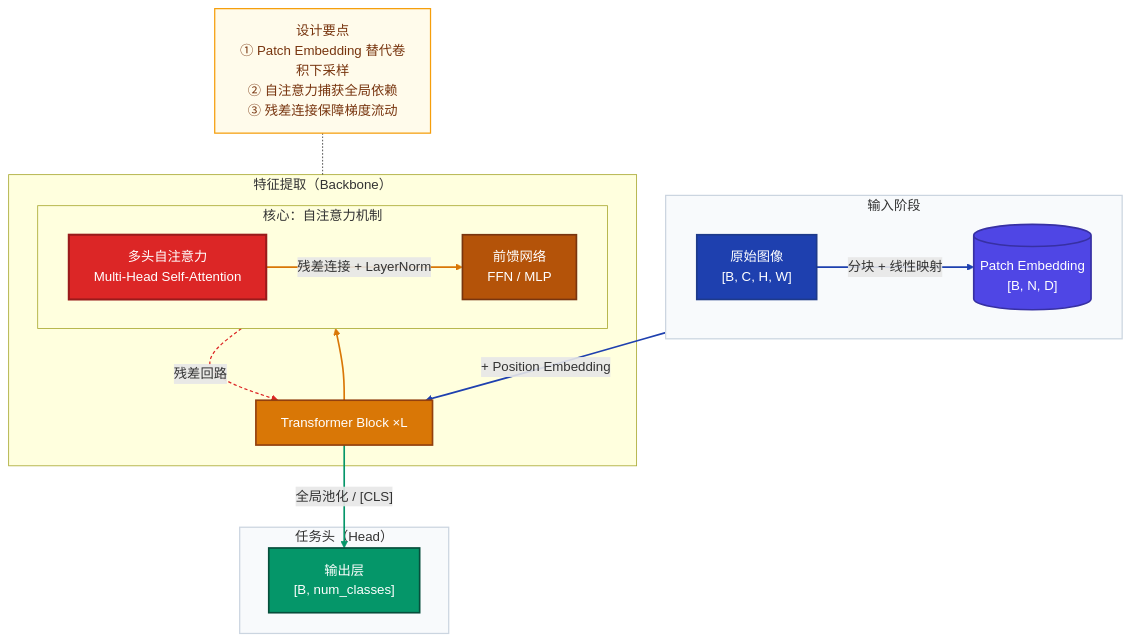
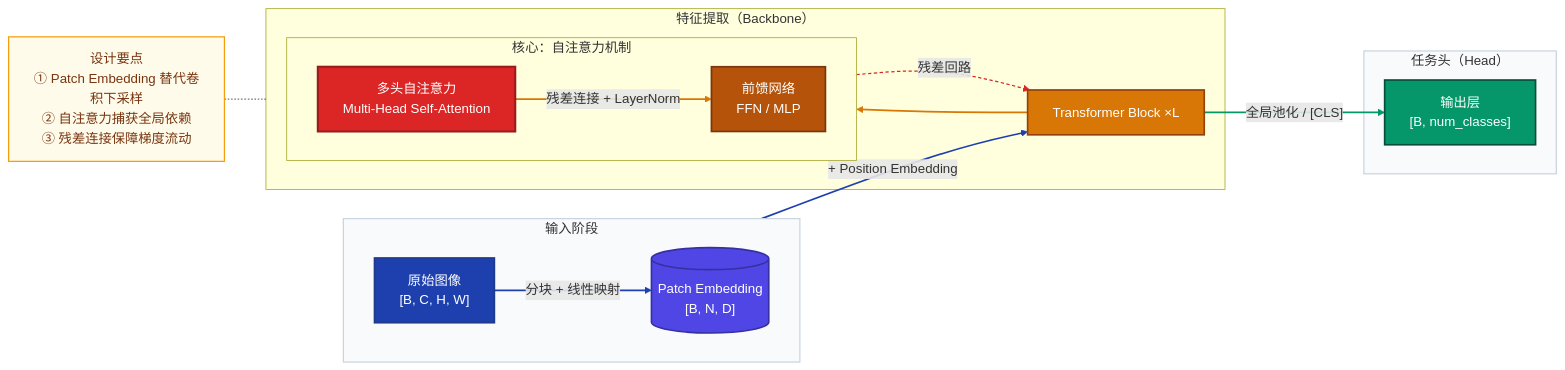
Before and after one commit to amuqiao/FastAPI-MVC: the diagram in 7.模板/mermaid模板/mermaid模型架构图参考模板_v2.md, drawn with Mermaid. The commit also changed other lines of this file and 13 other files, not shown here.

````diff
--- a/7.模板/mermaid模板/mermaid模型架构图参考模板_v2.md
+++ b/7.模板/mermaid模板/mermaid模型架构图参考模板_v2.md
@@ -10,54 +10,54 @@
 ```mermaid
-flowchart TB
+flowchart LR
     %% ── 配色主题：深色系，按模型阶段区分层次 ─────────────────────
     classDef inputStyle    fill:#1e40af,stroke:#1e3a8a,stroke-width:2px,color:#fff
     classDef embedStyle    fill:#4f46e5,stroke:#3730a3,stroke-width:2px,color:#fff
     classDef backboneStyle fill:#d97706,stroke:#92400e,stroke-width:2px,color:#fff
     classDef attnStyle     fill:#dc2626,stroke:#991b1b,stroke-width:2.5px,color:#fff
     classDef ffnStyle      fill:#b45309,stroke:#78350f,stroke-width:2px,color:#fff
     classDef headStyle     fill:#059669,stroke:#064e3b,stroke-width:2px,color:#fff
     classDef noteStyle     fill:#fffbeb,stroke:#f59e0b,stroke-width:1.5px,color:#78350f
     classDef layerStyle    fill:#f8fafc,stroke:#cbd5e0,stroke-width:1.5px
 
     %% ── 输入阶段 ─────────────────────────────────────────────────────
     subgraph InputStage["输入阶段"]
         direction LR
         A["原始图像<br>[B, C, H, W]"]:::inputStyle
         B[("Patch Embedding<br>[B, N, D]")]:::embedStyle
     end
     class InputStage layerStyle
 
     %% ── 特征提取（Backbone）─────────────────────────────────────────
     subgraph Backbone["特征提取（Backbone）"]
         C["Transformer Block ×L"]:::backboneStyle
         subgraph AttnDetail["核心：自注意力机制"]
             direction LR
             D["多头自注意力<br>Multi-Head Self-Attention"]:::attnStyle
             E["前馈网络<br>FFN / MLP"]:::ffnStyle
         end
     end
     class Backbone layerStyle
 
     %% ── 任务头（Head）───────────────────────────────────────────────
     subgraph Head["任务头（Head）"]
         F["输出层<br>[B, num_classes]"]:::headStyle
     end
     class Head layerStyle
 
     %% ── 数据流 ───────────────────────────────────────────────────────
     A   -->|"分块 + 线性映射"| B
     B   -->|"+ Position Embedding"| C
     C   --> D
     D   -->|"残差连接 + LayerNorm"| E
     E   -.->|"残差回路"| C
     C   -->|"全局池化 / [CLS]"| F
 
     %% ── 设计注记 ─────────────────────────────────────────────────────
     NOTE["设计要点<br>① Patch Embedding 替代卷积下采样<br>② 自注意力捕获全局依赖<br>③ 残差连接保障梯度流动"]:::noteStyle
     NOTE -.- Backbone
 
     linkStyle 0,1   stroke:#1e40af,stroke-width:2px
     linkStyle 2,3   stroke:#d97706,stroke-width:2px
     linkStyle 4     stroke:#dc2626,stroke-width:1.5px,stroke-dasharray:4 3
     linkStyle 5     stroke:#059669,stroke-width:2px
 ```
````
